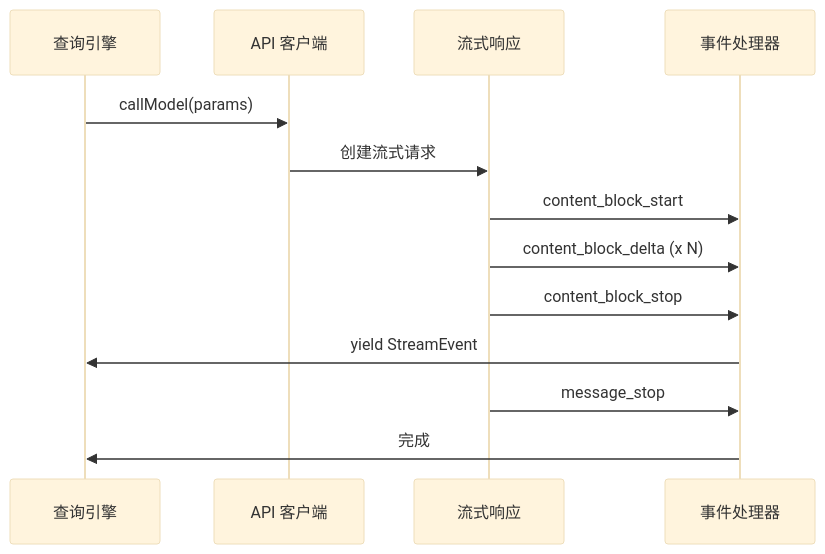
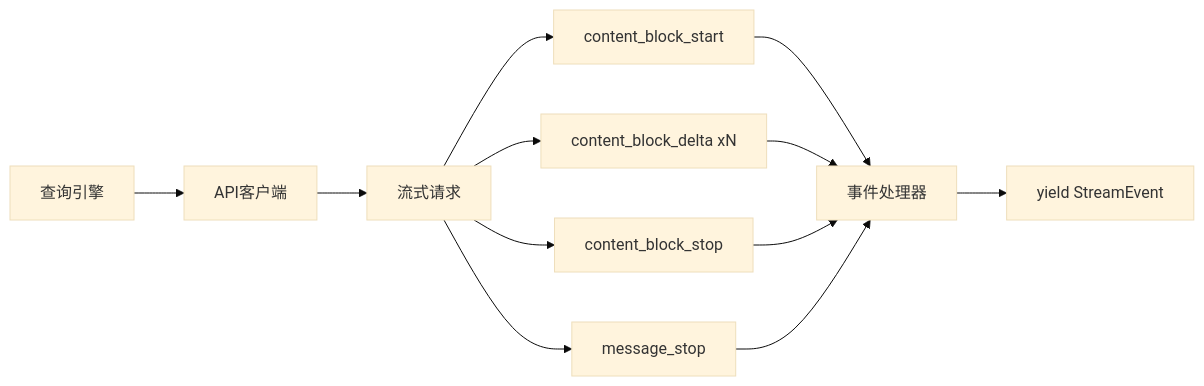
The third of 5 diagrams in notes/reviews/05-api-client-layer.md (friendlyhank/claude-code-annotated), drawn with Mermaid (base theme) before and after one commit. The commit also changed other lines of this file and 2 other files, not shown here.

Commit message:
fix(docs): 修复 reviews 文档 Mermaid 流程图渲染兼容性

````diff
--- a/notes/reviews/05-api-client-layer.md
+++ b/notes/reviews/05-api-client-layer.md
@@ -85,16 +85,14 @@
 ```mermaid
-sequenceDiagram
-    participant Query as 查询引擎
-    participant API as API 客户端
-    participant Stream as 流式响应
-    participant Handler as 事件处理器
-    
-    Query->>API: callModel(params)
-    API->>Stream: 创建流式请求
-    Stream->>Handler: content_block_start
-    Stream->>Handler: content_block_delta (x N)
-    Stream->>Handler: content_block_stop
-    Handler->>Query: yield StreamEvent
-    Stream->>Handler: message_stop
-    Handler->>Query: 完成
+flowchart LR
+    Query[查询引擎] --> API[API客户端]
+    API --> Stream[流式请求]
+    Stream --> S1[content_block_start]
+    Stream --> S2[content_block_delta xN]
+    Stream --> S3[content_block_stop]
+    Stream --> S4[message_stop]
+    S1 --> Handler[事件处理器]
+    S2 --> Handler
+    S3 --> Handler
+    S4 --> Handler
+    Handler --> Out[yield StreamEvent]
 ```
````
